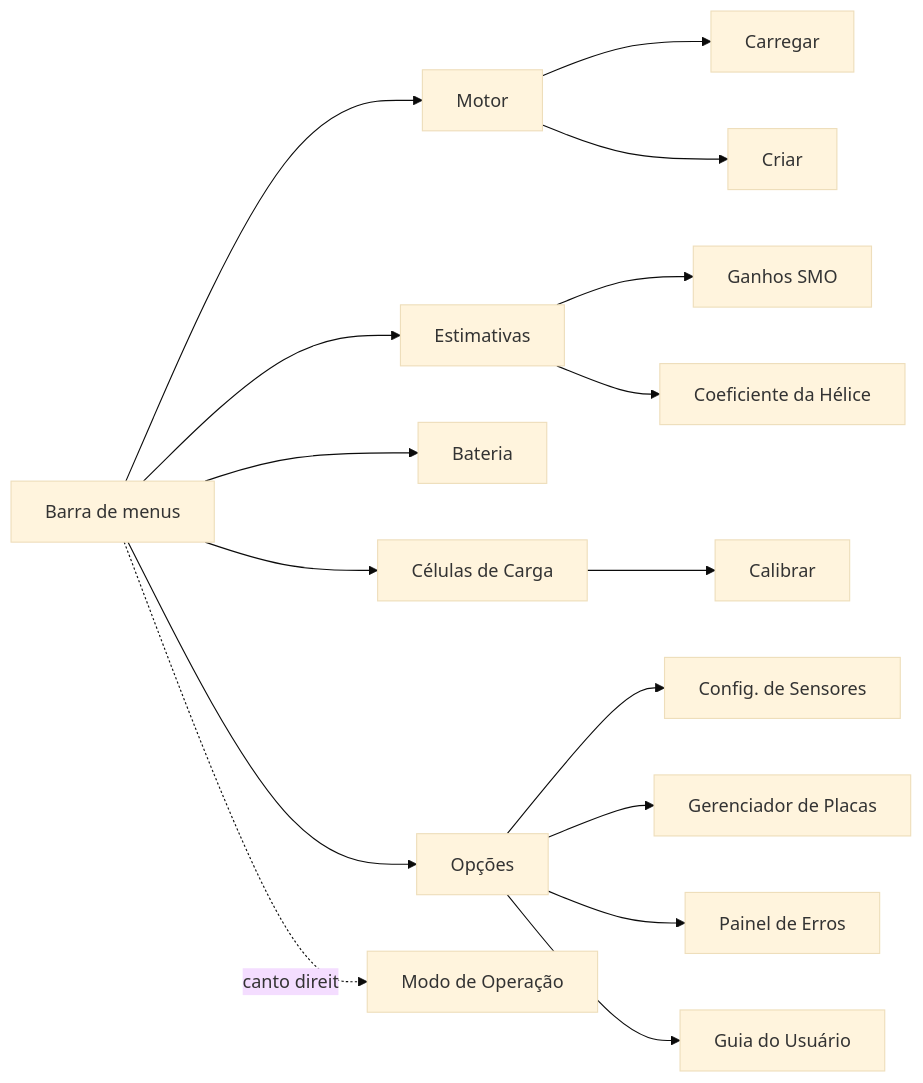
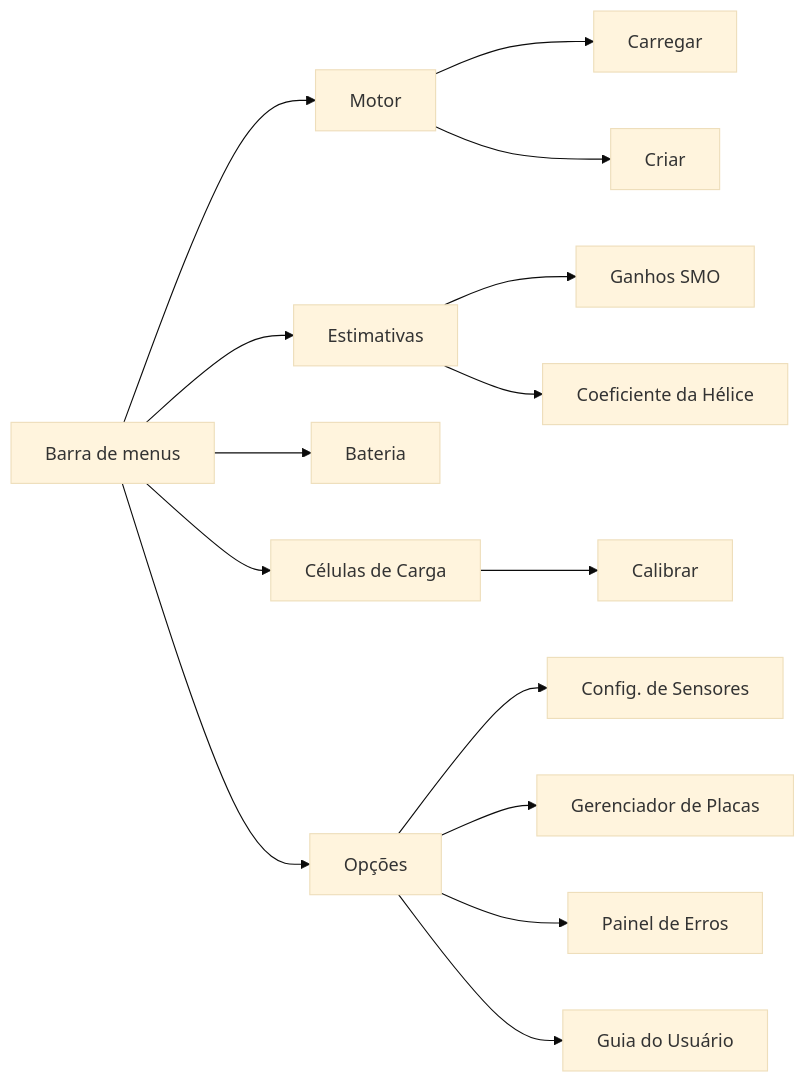
One commit to vitordallolivo/TCC changed the fourth of 4 diagrams in gui/README.md. Above: the diagram before and after it, drawn with Mermaid (base theme). The commit also changed other lines of this file and 48 other files, not shown here.

````diff
--- a/gui/README.md
+++ b/gui/README.md
@@ -388,10 +327,9 @@
 ```mermaid
 flowchart LR
     MB["Barra de menus"]
     MB --> Motor["Motor"] --> MLoad["Carregar"] & MCreate["Criar"]
     MB --> Estim["Estimativas"] --> EstSMO["Ganhos SMO"] & EstHel["Coeficiente da Hélice"]
     MB --> Bat["Bateria"]
     MB --> Cells["Células de Carga"] --> CellsCal["Calibrar"]
     MB --> Opt["Opções"] --> OptSens["Config. de Sensores"] & OptBoard["Gerenciador de Placas"] & OptErr["Painel de Erros"] & OptInfo["Guia do Usuário"]
-    MB -.canto direito.-> ModeBox["Modo de Operação"]
 ```
````
